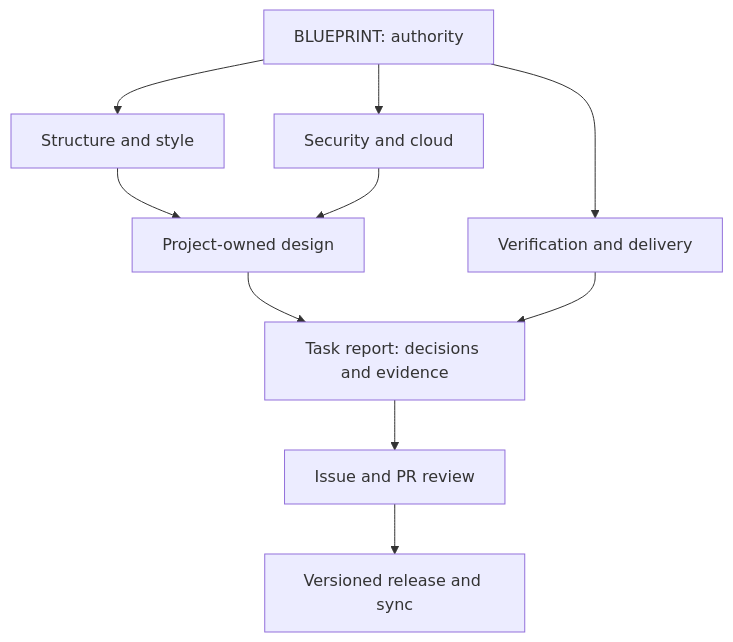
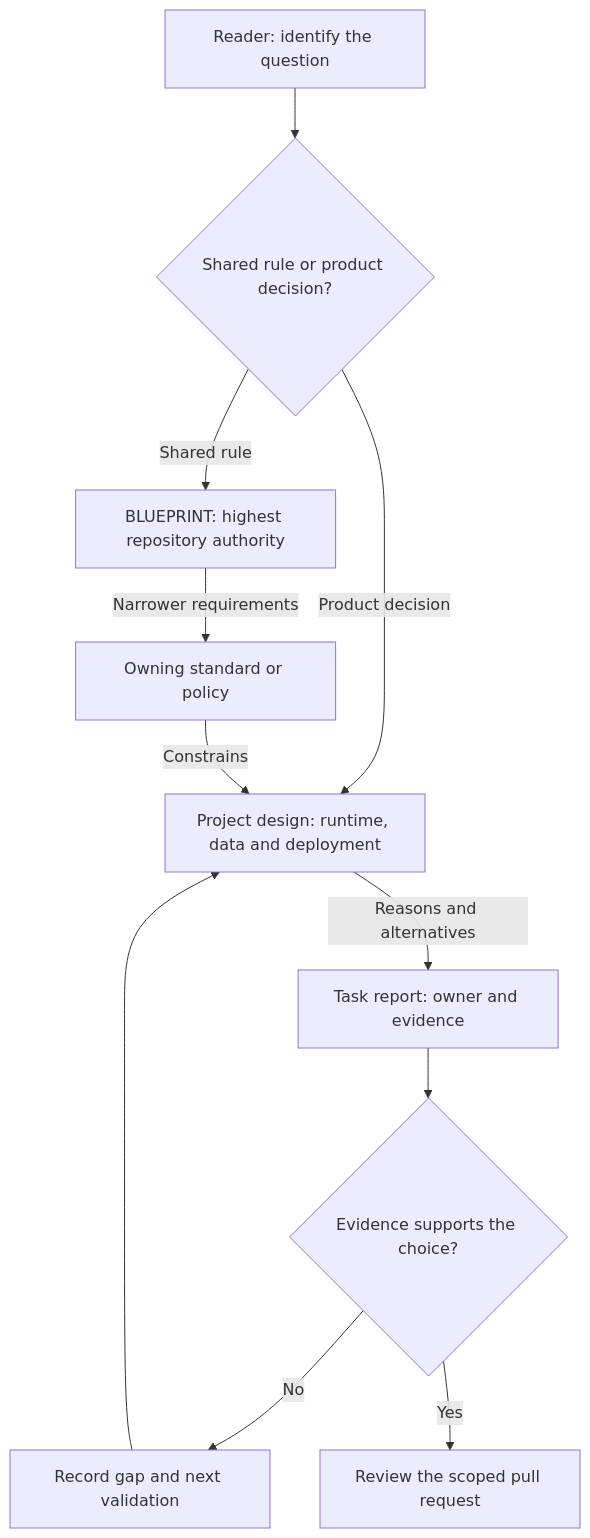
The diagram in BLUEPRINT.md (Soku-JINSEOK/Soku-Convention-Boilerplate), drawn with Mermaid before and after one commit. The commit also changed other lines of this file and 118 other files, not shown here.

First line of the commit message:
📚 docs(readability): explain every document and expand flow diagrams

````diff
--- a/BLUEPRINT.md
+++ b/BLUEPRINT.md
@@ -7,12 +11,13 @@
 ```mermaid
 flowchart TD
-  blueprint["BLUEPRINT: authority"] --> structure["Structure and style"]
-  blueprint --> security["Security and cloud"]
-  blueprint --> validation["Verification and delivery"]
-  structure --> project["Project-owned design"]
-  security --> project
-  project --> evidence["Task report: decisions and evidence"]
-  validation --> evidence
-  evidence --> pr["Issue and PR review"]
-  pr --> releaseNode["Versioned release and sync"]
+  startNode["Reader: identify the question"] --> scope{"Shared rule or product decision?"}
+  scope -->|"Shared rule"| authority["BLUEPRINT: highest repository authority"]
+  authority -->|"Narrower requirements"| policy["Owning standard or policy"]
+  scope -->|"Product decision"| product["Project design: runtime, data and deployment"]
+  policy -->|"Constrains"| product
+  product -->|"Reasons and alternatives"| report["Task report: owner and evidence"]
+  report --> review{"Evidence supports the choice?"}
+  review -->|"No"| gap["Record gap and next validation"]
+  gap --> product
+  review -->|"Yes"| change["Review the scoped pull request"]
 ```
````
